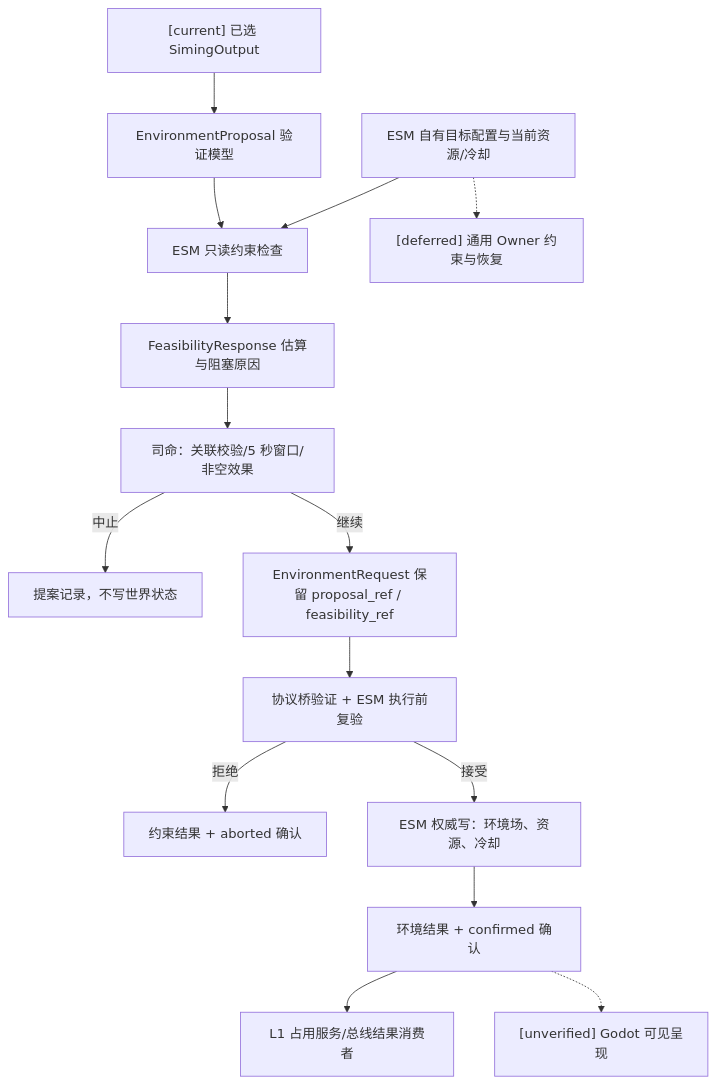
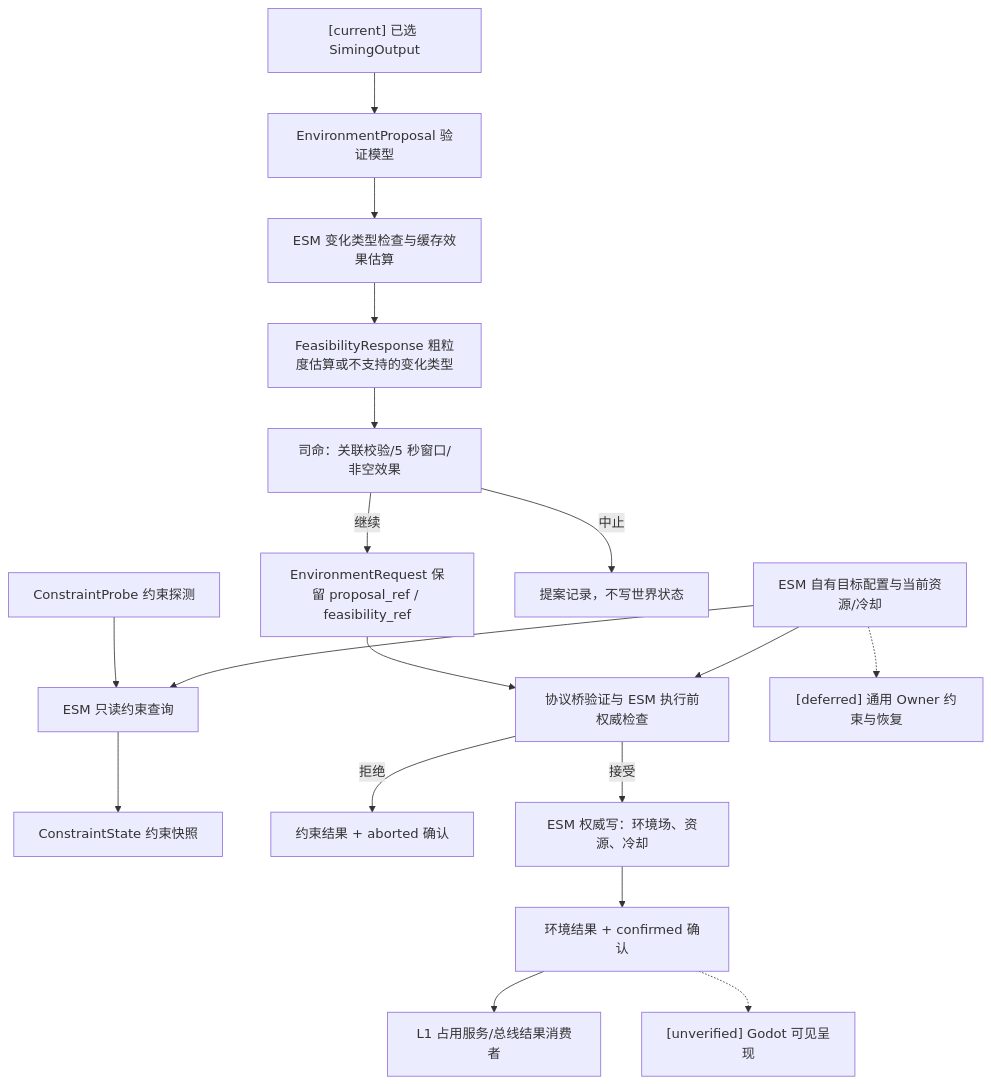
Before and after one commit to Dancing-coin/Paralls-phase0-1: the third of 3 diagrams in docs/reference/api/esm-proposal-contract.md, drawn with Mermaid. The commit also changed other lines of this file and 4 other files, not shown here.

````diff
--- a/docs/reference/api/esm-proposal-contract.md
+++ b/docs/reference/api/esm-proposal-contract.md
@@ -62,17 +67,20 @@
 ```mermaid
 flowchart TD
     O["[current] 已选 SimingOutput"] --> P[EnvironmentProposal 验证模型]
-    P --> RO[ESM 只读约束检查]
-    REG[ESM 自有目标配置与当前资源/冷却] --> RO
-    RO --> F[FeasibilityResponse 估算与阻塞原因]
+    P --> RO[ESM 变化类型检查与缓存效果估算]
+    RO --> F[FeasibilityResponse 粗粒度估算或不支持的变化类型]
+    Q[ConstraintProbe 约束探测] --> CQ[ESM 只读约束查询]
+    REG[ESM 自有目标配置与当前资源/冷却] --> CQ
+    CQ --> CS[ConstraintState 约束快照]
     F --> D[司命：关联校验/5 秒窗口/非空效果]
     D -->|中止| A[提案记录，不写世界状态]
     D -->|继续| R[EnvironmentRequest 保留 proposal_ref / feasibility_ref]
-    R --> G[协议桥验证 + ESM 执行前复验]
+    R --> G[协议桥验证与 ESM 执行前权威检查]
+    REG --> G
     G -->|拒绝| C[约束结果 + aborted 确认]
     G -->|接受| W[ESM 权威写：环境场、资源、冷却]
     W --> RES[环境结果 + confirmed 确认]
     RES --> L1[L1 占用服务/总线结果消费者]
     RES -.-> UI["[unverified] Godot 可见呈现"]
     REG -.-> FUT["[deferred] 通用 Owner 约束与恢复"]
 ```
````
